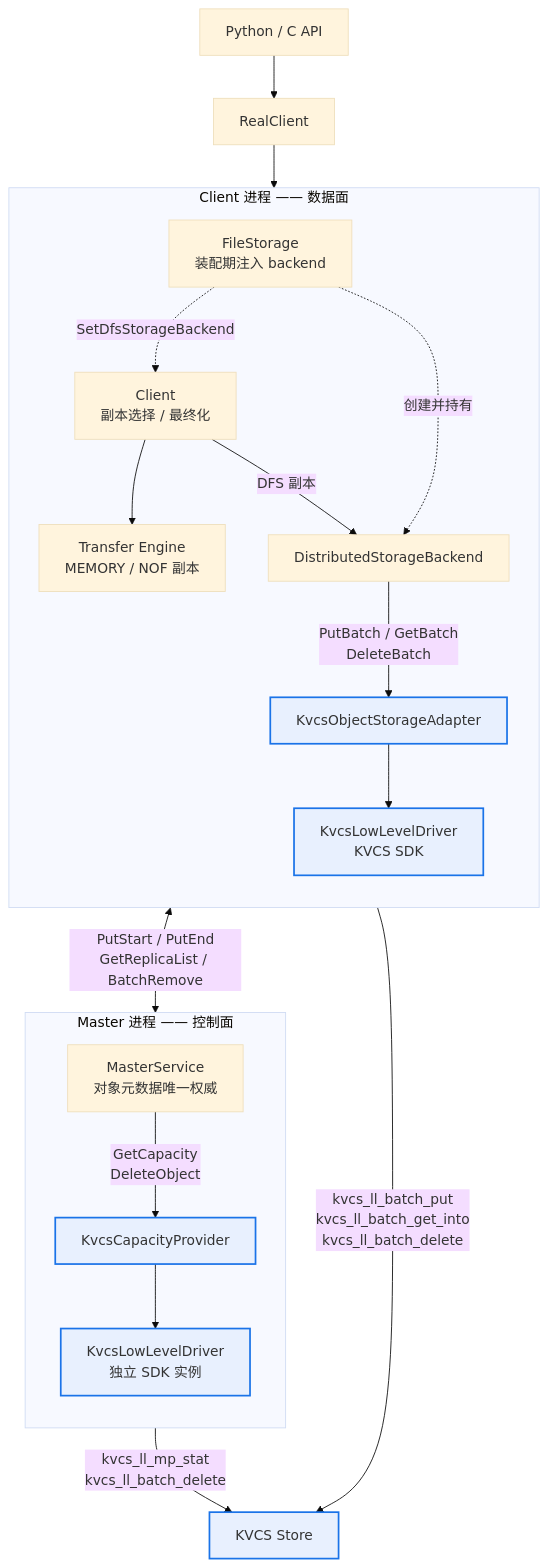
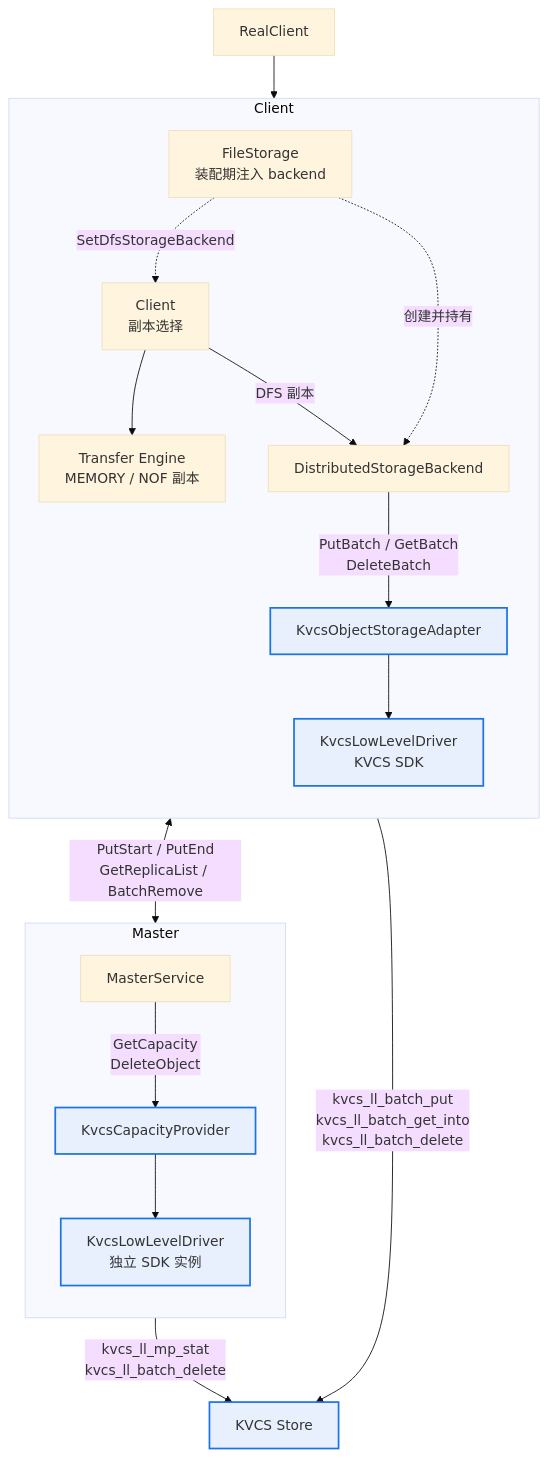
One commit to zwj20000328-dotcom/Mooncake-documents changed the diagram in kvcs-system-position.md. Above: the diagram before and after it, drawn with Mermaid (base theme).

Commit message:
modified:   kvcs-system-position.md

````diff
--- a/kvcs-system-position.md
+++ b/kvcs-system-position.md
@@ -1,41 +1,42 @@
 ```mermaid
 flowchart TB
-    PY["Python / C API"] --> RC["RealClient"]
+     RC["RealClient"]
 
-    subgraph CP["Client 进程 —— 数据面"]
+    subgraph CP["Client"]
         direction TB
-        CL["Client<br/>副本选择 / 最终化"]
+        CL["Client<br/>副本选择"]
         TE["Transfer Engine<br/>MEMORY / NOF 副本"]
         FS["FileStorage<br/>装配期注入 backend"]
         DSB["DistributedStorageBackend"]
         KOA["KvcsObjectStorageAdapter"]
         KLD["KvcsLowLevelDriver<br/>KVCS SDK"]
 
         CL --> TE
         CL -->|DFS 副本| DSB
         FS -.->|创建并持有| DSB
         FS -.->|SetDfsStorageBackend| CL
         DSB -->|PutBatch / GetBatch<br/>DeleteBatch| KOA
         KOA --> KLD
     end
 
-    subgraph MP["Master 进程 —— 控制面"]
+    subgraph MP["Master"]
         direction TB
-        MS["MasterService<br/>对象元数据唯一权威"]
+        MS["MasterService"]
         KCP["KvcsCapacityProvider"]
         KLD2["KvcsLowLevelDriver<br/>独立 SDK 实例"]
 
         MS -->|GetCapacity<br/>DeleteObject| KCP
         KCP --> KLD2
     end
 
     STORE["KVCS Store"]
 
     RC --> CL
     CL <-->|PutStart / PutEnd<br/>GetReplicaList / BatchRemove| MS
     KLD -->|kvcs_ll_batch_put<br/>kvcs_ll_batch_get_into<br/>kvcs_ll_batch_delete| STORE
     KLD2 -->|kvcs_ll_mp_stat<br/>kvcs_ll_batch_delete| STORE
 
     classDef kvcs fill:#e8f0fe,stroke:#1a73e8,stroke-width:2px;
     class KOA,KLD,KLD2,KCP,STORE kvcs;
+
 ```
````
